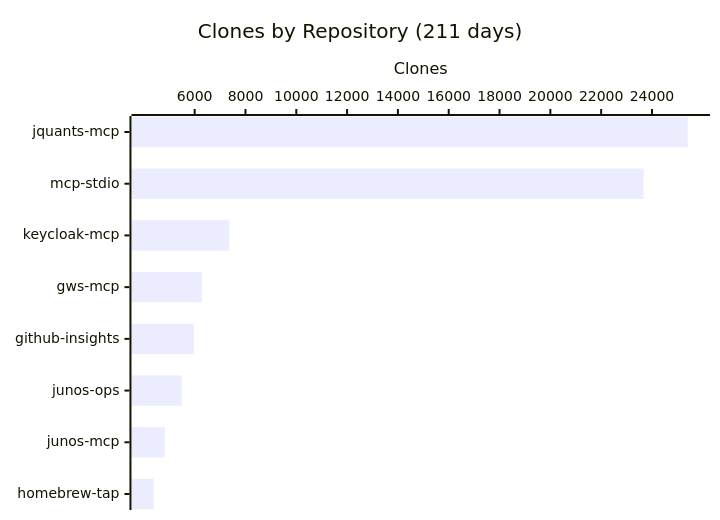
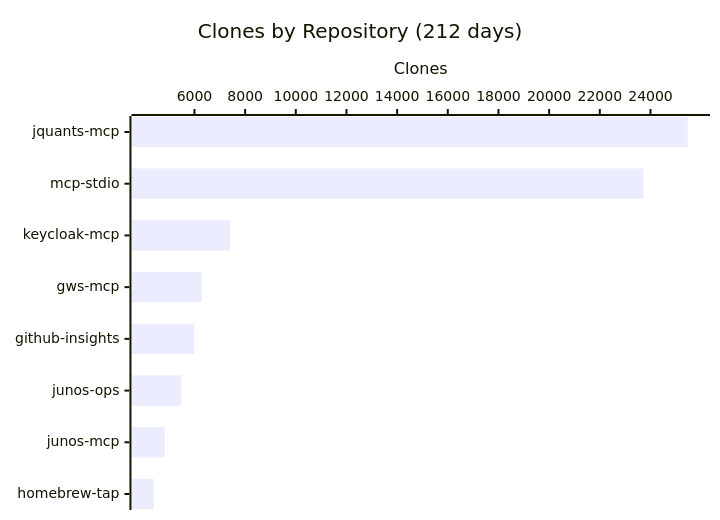
The fourth of 4 diagrams in README.md (shigechika/github-insights), drawn with Mermaid before and after one commit. The commit also changed other lines of this file and 2 other files, not shown here.

````diff
--- a/README.md
+++ b/README.md
@@ -58,7 +58,7 @@
 ```mermaid
 xychart-beta horizontal
-    title "Clones by Repository (211 days)"
+    title "Clones by Repository (212 days)"
     x-axis ["jquants-mcp", "mcp-stdio", "keycloak-mcp", "gws-mcp", "github-insights", "junos-ops", "junos-mcp", "homebrew-tap"]
     y-axis "Clones"
-    bar [25407, 23670, 7366, 6282, 5969, 5491, 4822, 4389]
+    bar [25470, 23717, 7397, 6289, 5992, 5492, 4833, 4392]
 ```
````
